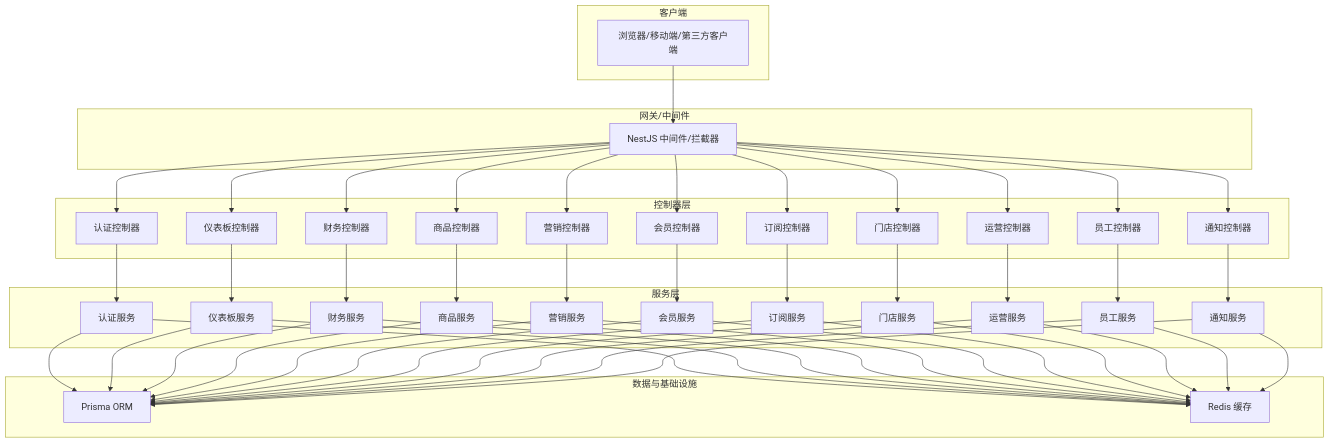
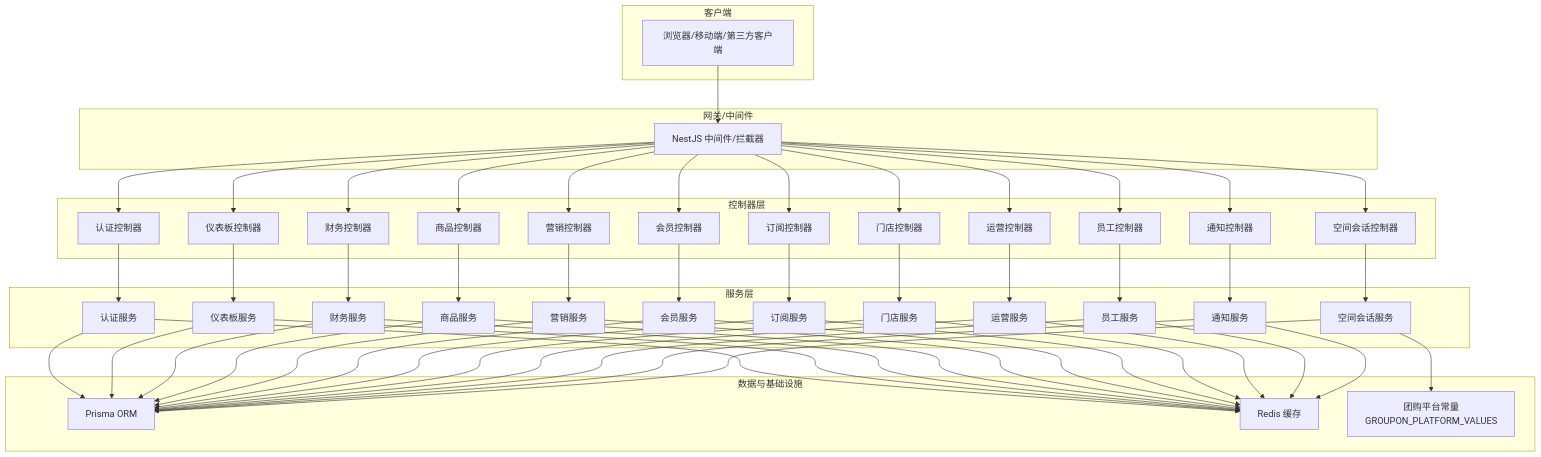
One commit to rc558620/purelyprofit-server changed the second of 14 diagrams in .qoder/repowiki/zh/content/API 接口文档/API 接口文档.md. Above: the diagram before and after it, drawn with Mermaid. The commit also changed other lines of this file and 117 other files, not shown here.

````diff
--- a/.qoder/repowiki/zh/content/API 接口文档/API 接口文档.md
+++ b/.qoder/repowiki/zh/content/API 接口文档/API 接口文档.md
@@ -320,6 +341,7 @@
 OC["运营控制器"]
 EC["员工控制器"]
 NC["通知控制器"]
+SSC["空间会话控制器"]
 end
 subgraph "服务层"
 AS["认证服务"]
@@ -333,10 +355,12 @@
 OS["运营服务"]
 ES["员工服务"]
 NS["通知服务"]
+SSS["空间会话服务"]
 end
 subgraph "数据与基础设施"
 PRISMA["Prisma ORM"]
 REDIS["Redis 缓存"]
+GP["团购平台常量<br/>GROUPON_PLATFORM_VALUES"]
 end
 CLI --> MW --> AC
 MW --> DC
@@ -349,6 +373,7 @@
 MW --> OC
 MW --> EC
 MW --> NC
+MW --> SSC
 AC --> AS
 DC --> DS
 FC --> FS
@@ -360,6 +385,7 @@
 OC --> OS
 EC --> ES
 NC --> NS
+SSC --> SSS
 AS --> PRISMA
 DS --> PRISMA
 FS --> PRISMA
@@ -371,6 +397,7 @@
 OS --> PRISMA
 ES --> PRISMA
 NS --> PRISMA
+SSS --> PRISMA
 AS --> REDIS
 DS --> REDIS
 FS --> REDIS
@@ -382,4 +409,5 @@
 OS --> REDIS
 ES --> REDIS
 NS --> REDIS
+SSS --> GP
 ```
````
